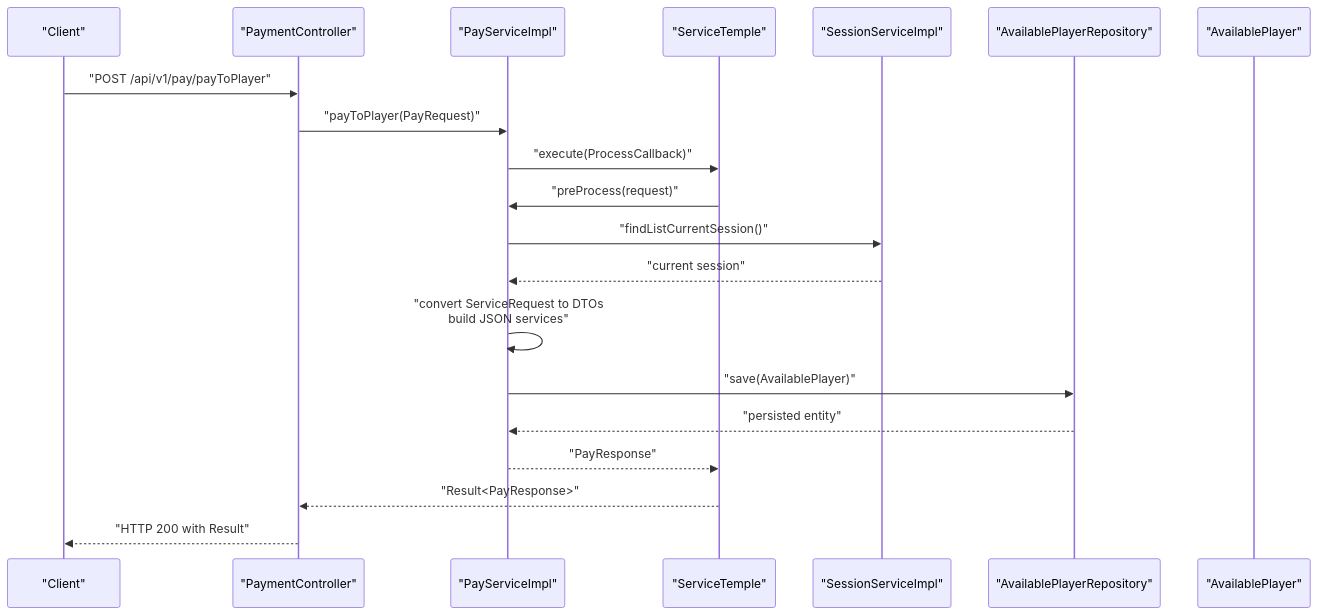
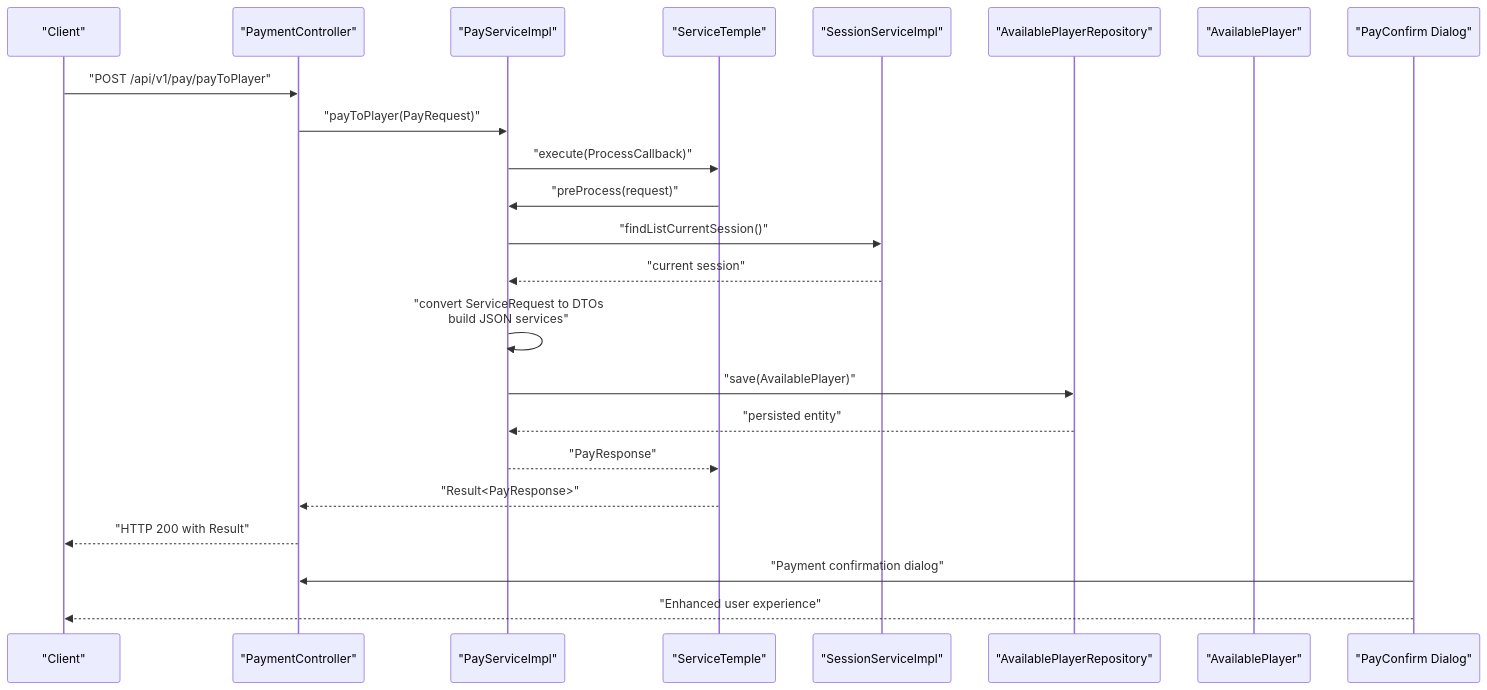
The second of 8 diagrams in .qoder/repowiki/en/content/Payment & Financial System.md (Vissel/badminton-court-management), drawn with Mermaid before and after one commit. The commit also changed other lines of this file and 36 other files, not shown here.

````diff
--- a/.qoder/repowiki/en/content/Payment & Financial System.md
+++ b/.qoder/repowiki/en/content/Payment & Financial System.md
@@ -131,22 +161,25 @@
 ```mermaid
 sequenceDiagram
 participant Client as "Client"
 participant Controller as "PaymentController"
 participant Service as "PayServiceImpl"
 participant Wrapper as "ServiceTemple"
 participant Session as "SessionServiceImpl"
 participant Repo as "AvailablePlayerRepository"
 participant Entity as "AvailablePlayer"
+participant Frontend as "PayConfirm Dialog"
 Client->>Controller : "POST /api/v1/pay/payToPlayer"
 Controller->>Service : "payToPlayer(PayRequest)"
 Service->>Wrapper : "execute(ProcessCallback)"
 Wrapper->>Service : "preProcess(request)"
 Service->>Session : "findListCurrentSession()"
 Session-->>Service : "current session"
 Service->>Service : "convert ServiceRequest to DTOs<br/>build JSON services"
 Service->>Repo : "save(AvailablePlayer)"
 Repo-->>Service : "persisted entity"
 Service-->>Wrapper : "PayResponse"
 Wrapper-->>Controller : "Result<PayResponse>"
 Controller-->>Client : "HTTP 200 with Result"
+Frontend->>Controller : "Payment confirmation dialog"
+Frontend-->>Client : "Enhanced user experience"
 ```
````
